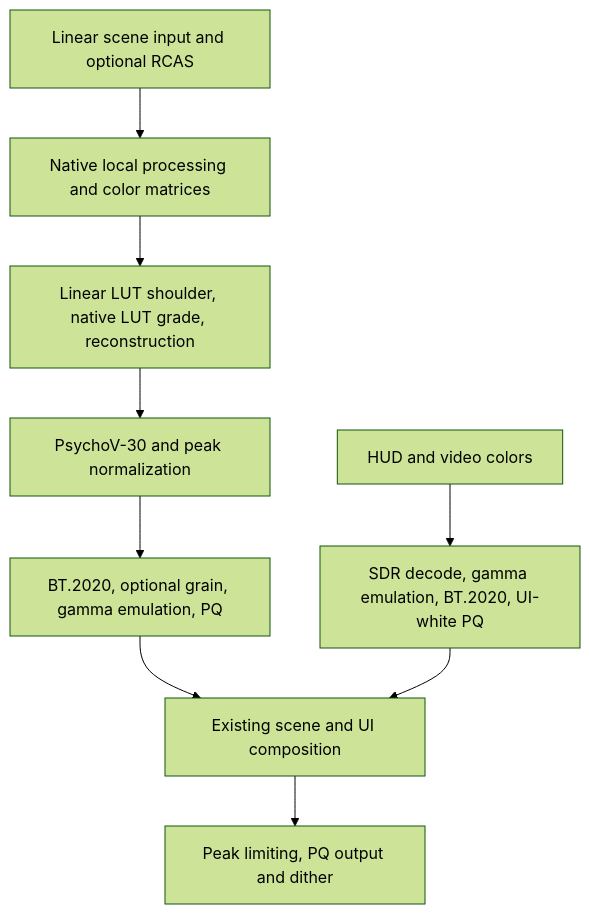
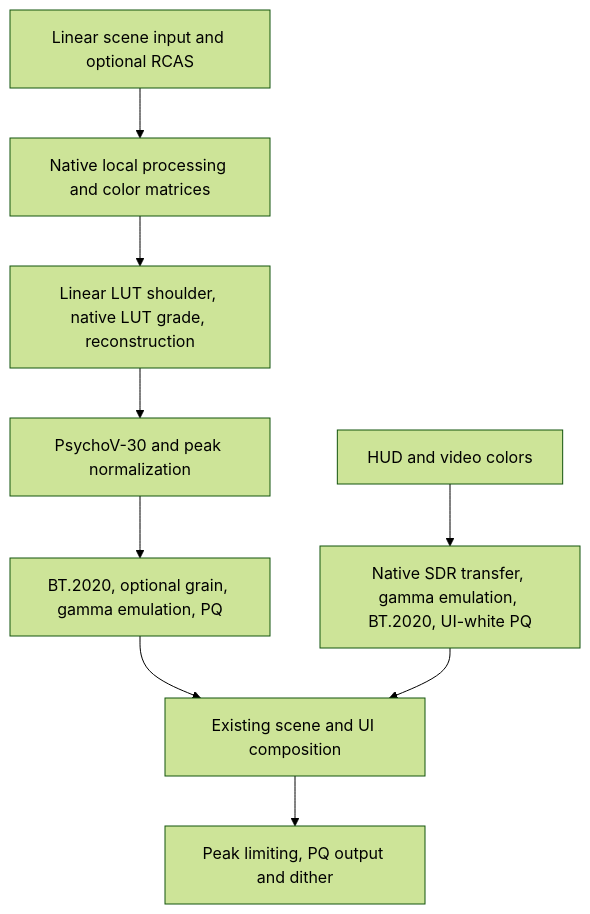
Before and after one commit to hartapfel/renodx: the diagram in src/games/gotsushima/README.md, drawn with Mermaid (forest theme). The commit also changed other lines of this file and 1 other file, not shown here.

Commit message:
[mod:gotsushima] Match HUD transfer to native SDR

````diff
--- a/src/games/gotsushima/README.md
+++ b/src/games/gotsushima/README.md
@@ -66,11 +66,11 @@
 ```mermaid
 flowchart TD
     A[Linear scene input and optional RCAS] --> B[Native local processing and color matrices]
     B --> C[Linear LUT shoulder, native LUT grade, reconstruction]
     C --> D[PsychoV-30 and peak normalization]
     D --> E[BT.2020, optional grain, gamma emulation, PQ]
-    U[HUD and video colors] --> V[SDR decode, gamma emulation, BT.2020, UI-white PQ]
+    U[HUD and video colors] --> V[Native SDR transfer, gamma emulation, BT.2020, UI-white PQ]
     E --> F[Existing scene and UI composition]
     V --> F
     F --> G[Peak limiting, PQ output and dither]
 ```
````
